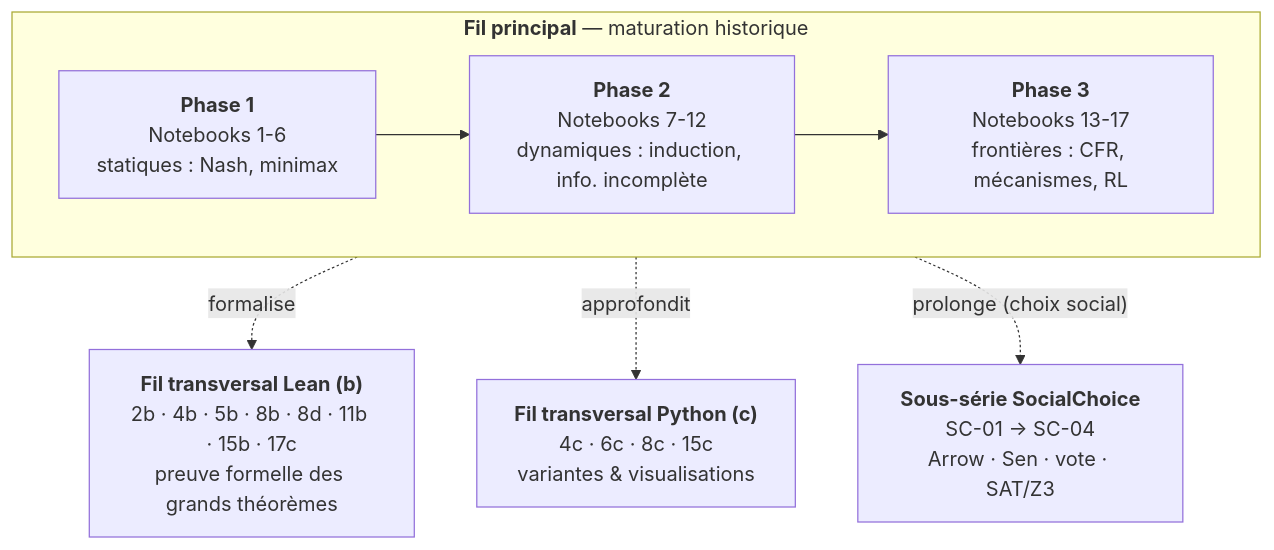
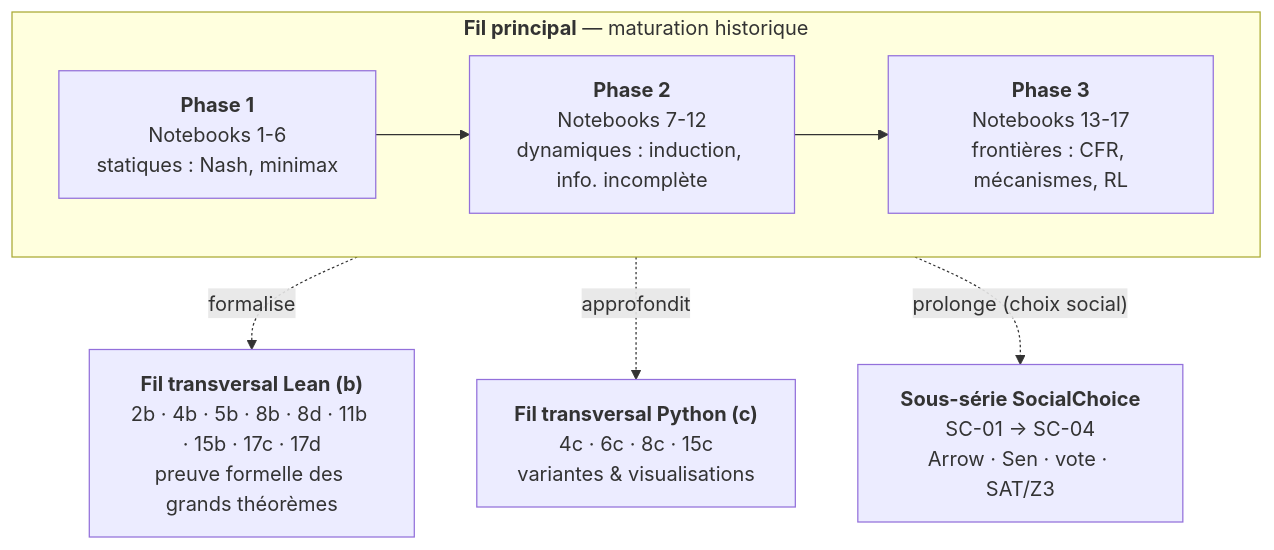
One commit to jsboige/CoursIA changed the first of 2 diagrams in MyIA.AI.Notebooks/GameTheory/README.md. Above: the diagram before and after it, drawn with Mermaid. The commit also changed other lines of this file and 1 other file, not shown here.

First line of the commit message:
feat(gametheory,#13854): GT-17d companion natif — les 4 modules noirs d'asymmetric_information_lean executés

````diff
--- a/MyIA.AI.Notebooks/GameTheory/README.md
+++ b/MyIA.AI.Notebooks/GameTheory/README.md
@@ -190,16 +191,16 @@
 ```mermaid
 flowchart TD
     subgraph FIL["<b>Fil principal</b> — maturation historique"]
         direction LR
         P1["<b>Phase 1</b><br/>Notebooks 1-6<br/>statiques : Nash, minimax"]
         P2["<b>Phase 2</b><br/>Notebooks 7-12<br/>dynamiques : induction, info. incomplète"]
         P3["<b>Phase 3</b><br/>Notebooks 13-17<br/>frontières : CFR, mécanismes, RL"]
         P1 --> P2 --> P3
     end
-    LEAN["<b>Fil transversal Lean (b)</b><br/>2b · 4b · 5b · 8b · 8d · 11b · 15b · 17c<br/>preuve formelle des grands théorèmes"]
+    LEAN["<b>Fil transversal Lean (b)</b><br/>2b · 4b · 5b · 8b · 8d · 11b · 15b · 17c · 17d<br/>preuve formelle des grands théorèmes"]
     PYC["<b>Fil transversal Python (c)</b><br/>4c · 6c · 8c · 15c<br/>variantes &amp; visualisations"]
     SC["<b>Sous-série SocialChoice</b><br/>SC-01 → SC-04<br/>Arrow · Sen · vote · SAT/Z3"]
     FIL -.->|"formalise"| LEAN
     FIL -.->|"approfondit"| PYC
     FIL -.->|"prolonge (choix social)"| SC
 ```
````
